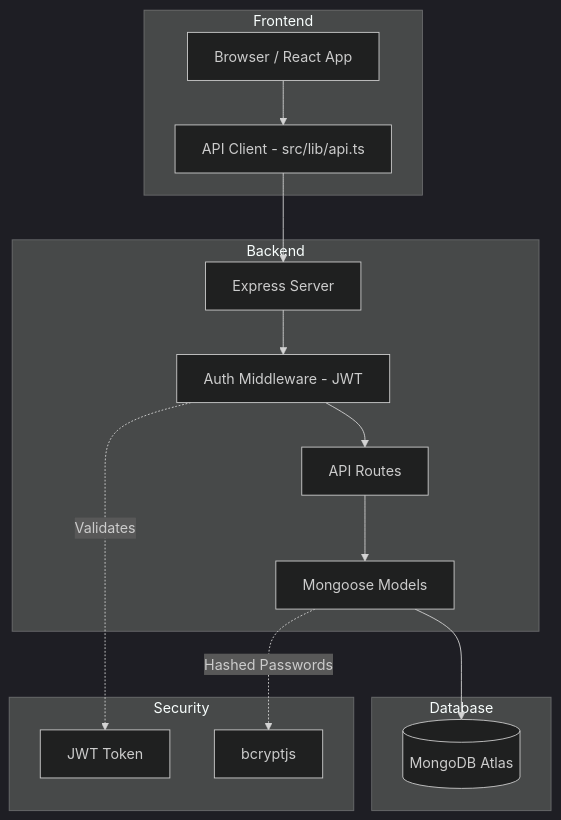
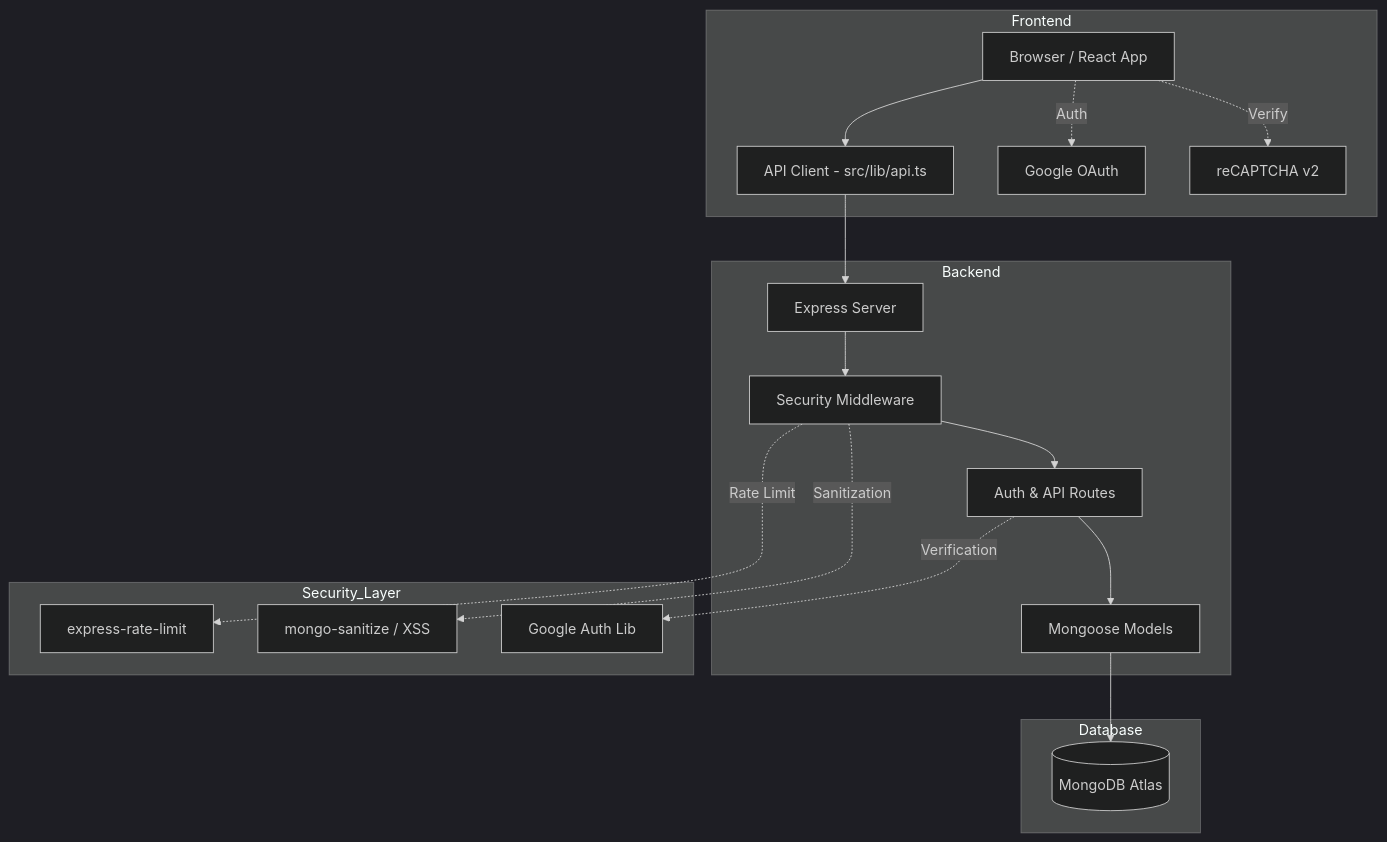
Before and after one commit to quantumNexus0/portfolio: the diagram in README.md, drawn with Mermaid (dark theme). The commit also changed other lines of this file, not shown here.

Commit message:
Update README.md with new security features and configuration details

````diff
--- a/README.md
+++ b/README.md
@@ -14,22 +17,25 @@
 ```mermaid
 graph TD
     subgraph Frontend
         A[Browser / React App] --> B[API Client - src/lib/api.ts]
+        A -.-> |Auth| G1[Google OAuth]
+        A -.-> |Verify| G2[reCAPTCHA v2]
     end
 
     subgraph Backend
         B --> C[Express Server]
-        C --> D[Auth Middleware - JWT]
-        D --> E[API Routes]
+        C --> D[Security Middleware]
+        D --> E[Auth & API Routes]
         E --> F[Mongoose Models]
     end
 
     subgraph Database
         F --> G[(MongoDB Atlas)]
     end
 
-    subgraph Security
-        D -.-> |Validates| H[JWT Token]
-        F -.-> |Hashed Passwords| I[bcryptjs]
+    subgraph Security_Layer
+        D -.-> |Rate Limit| H1[express-rate-limit]
+        D -.-> |Sanitization| H2[mongo-sanitize / XSS]
+        E -.-> |Verification| I[Google Auth Lib]
     end
 ```
````
